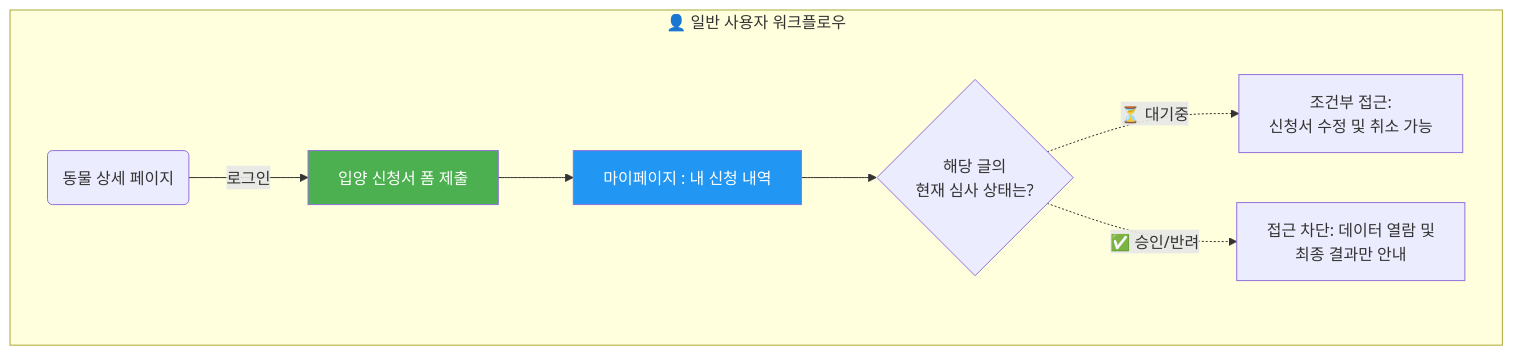
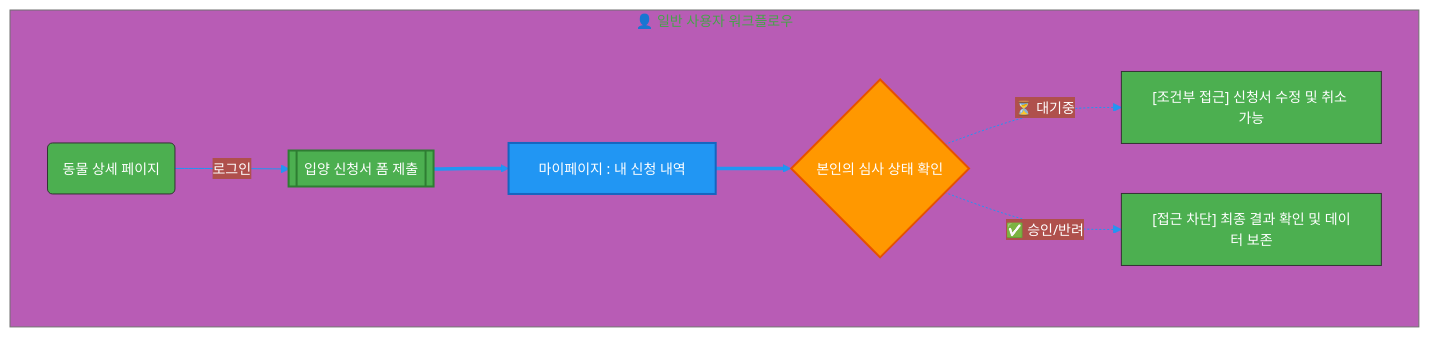
Before and after one commit to KJH-Portfolio/202511-stray-dog-volunteer: the second of 3 diagrams in README.md, drawn with Mermaid. The commit also changed other lines of this file, not shown here.

````diff
--- a/README.md
+++ b/README.md
@@ -134,12 +134,14 @@
   ```mermaid
+  %%{init: {'theme': 'base', 'themeVariables': { 'fontSize': '14px', 'fontFamily': 'nanum gothic', 'primaryColor': '#4CAF50', 'primaryTextColor': '#fff', 'lineColor': '#2196F3', 'nodeBorder': '#333' }}}%%
   flowchart TD
       subgraph USER_FLOW ["👤 일반 사용자 워크플로우"]
-          U1(동물 상세 페이지) -->|로그인| U2[입양 신청서 폼 제출]
-          U2 --> U3[마이페이지 : 내 신청 내역]
-          U3 --> U4{해당 글의\n현재 심사 상태는?}
-          U4 -.->|"⏳ 대기중"| U5["조건부 접근:\n신청서 수정 및 취소 가능"]
-          U4 -.->|"✅ 승인/반려"| U6["접근 차단: 데이터 열람 및\n최종 결과만 안내"]
+          U1(동물 상세 페이지) -- "로그인" --> U2[[입양 신청서 폼 제출]]
+          U2 ==> U3[마이페이지 : 내 신청 내역]
+          U3 ==> U4{본인의 심사 상태 확인}
+          U4 -.->|"⏳ 대기중"| U5["[조건부 접근] 신청서 수정 및 취소 가능"]
+          U4 -.->|"✅ 승인/반려"| U6["[접근 차단] 최종 결과 확인 및 데이터 보존"]
       end
-      style U2 fill:#4CAF50,color:#fff
-      style U3 fill:#2196F3,color:#fff
+      style U2 fill:#4CAF50,color:#fff,stroke:#2E7D32,stroke-width:2px
+      style U3 fill:#2196F3,color:#fff,stroke:#1565C0,stroke-width:2px
+      style U4 fill:#FF9800,stroke:#E65100,stroke-width:2px
   ```
````
